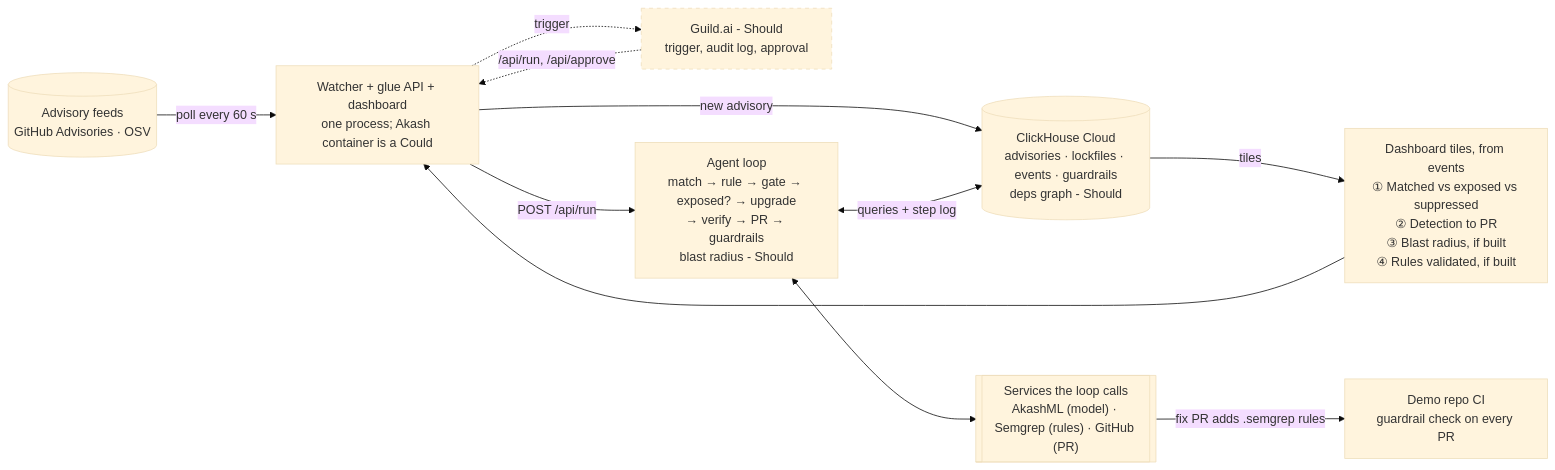
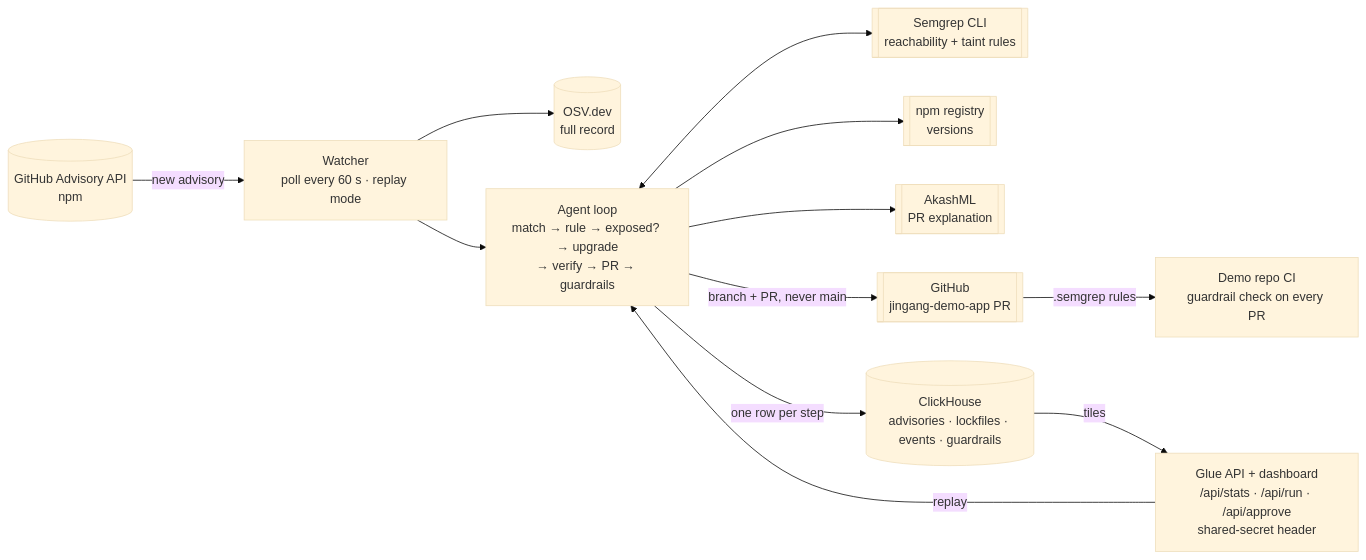
The diagram in README.md (vibhutirp/jingang), drawn with Mermaid (base theme) before and after one commit. The commit also changed other lines of this file, not shown here.

First line of the commit message:
README: describe what is built, not the plan

````diff
--- a/README.md
+++ b/README.md
@@ -15,23 +35,26 @@
 ```mermaid
 flowchart LR
-    FEEDS[("Advisory feeds<br/>GitHub Advisories · OSV")]
-    WATCH["Watcher + glue API + dashboard<br/>one process; Akash container is a Could"]
-    CH[("ClickHouse Cloud<br/>advisories · lockfiles · events · guardrails<br/>deps graph - Should")]
-    GUILD["Guild.ai - Should<br/>trigger, audit log, approval"]
-    LOOP["Agent loop<br/>match → rule → gate → exposed? → upgrade<br/>→ verify → PR → guardrails<br/>blast radius - Should"]
-    EXT[["Services the loop calls<br/>AkashML (model) · Semgrep (rules) · GitHub (PR)"]]
+    GHSA[("GitHub Advisory API<br/>npm")]
+    OSV[("OSV.dev<br/>full record")]
+    W["Watcher<br/>poll every 60 s · replay mode"]
+    LOOP["Agent loop<br/>match → rule → exposed? → upgrade<br/>→ verify → PR → guardrails"]
+    SG[["Semgrep CLI<br/>reachability + taint rules"]]
+    NPM[["npm registry<br/>versions"]]
+    AKML[["AkashML<br/>PR explanation"]]
+    GH[["GitHub<br/>jingang-demo-app PR"]]
+    CH[("ClickHouse<br/>advisories · lockfiles · events · guardrails")]
+    API["Glue API + dashboard<br/>/api/stats · /api/run · /api/approve<br/>shared-secret header"]
     CI["Demo repo CI<br/>guardrail check on every PR"]
-    style GUILD stroke-dasharray: 5 5
 
-    FEEDS -->|poll every 60 s| WATCH
-    WATCH -->|new advisory| CH
-    WATCH -->|POST /api/run| LOOP
-    WATCH -.->|trigger| GUILD
-    GUILD -.->|/api/run, /api/approve| WATCH
-    LOOP <-->|queries + step log| CH
-    LOOP <--> EXT
-    EXT -->|fix PR adds .semgrep rules| CI
-    CH -->|tiles| DASHNUM
-    DASHNUM["Dashboard tiles, from events<br/>① Matched vs exposed vs suppressed<br/>② Detection to PR<br/>③ Blast radius, if built<br/>④ Rules validated, if built"]
-    DASHNUM --> WATCH
+    GHSA -->|new advisory| W
+    W --> OSV
+    W --> LOOP
+    LOOP <--> SG
+    LOOP --> NPM
+    LOOP --> AKML
+    LOOP -->|branch + PR, never main| GH
+    LOOP -->|one row per step| CH
+    CH -->|tiles| API
+    API -->|replay| LOOP
+    GH -->|.semgrep rules| CI
 ```
````
